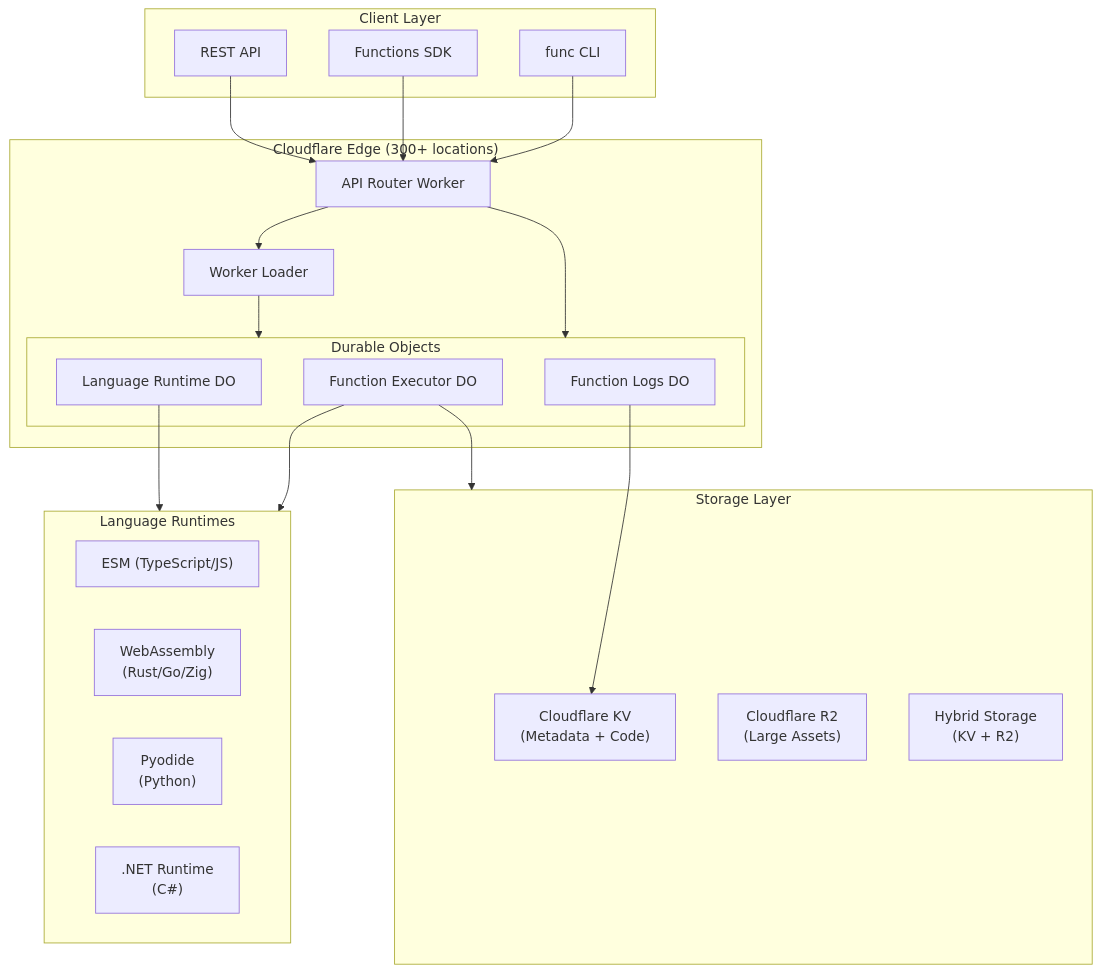
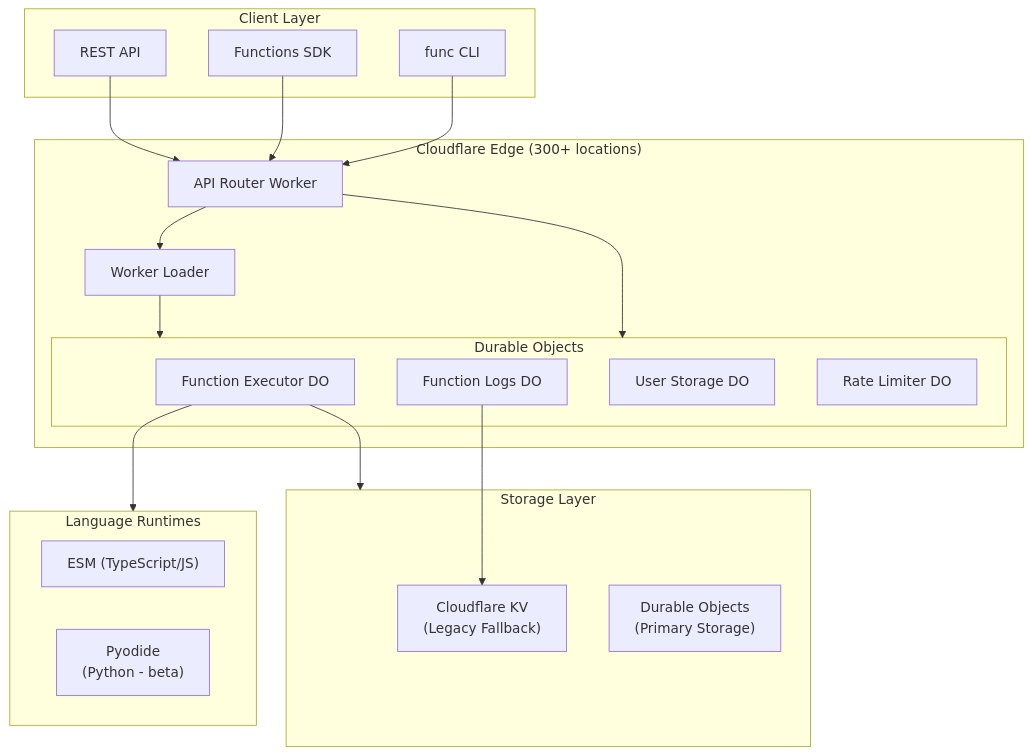
Before and after one commit to dot-do/functions: the first of 10 diagrams in docs/architecture/overview.md, drawn with Mermaid. The commit also changed other lines of this file and 14 other files, not shown here.

````diff
--- a/docs/architecture/overview.md
+++ b/docs/architecture/overview.md
@@ -22,47 +22,44 @@
 ```mermaid
 flowchart TB
     subgraph Client["Client Layer"]
         CLI["func CLI"]
         SDK["Functions SDK"]
         API["REST API"]
     end
 
     subgraph Edge["Cloudflare Edge (300+ locations)"]
         Router["API Router Worker"]
         Loader["Worker Loader"]
 
         subgraph DO["Durable Objects"]
             Executor["Function Executor DO"]
             Logs["Function Logs DO"]
-            Runtime["Language Runtime DO"]
+            UserStore["User Storage DO"]
+            RateLimit["Rate Limiter DO"]
         end
     end
 
     subgraph Storage["Storage Layer"]
-        KV["Cloudflare KV\n(Metadata + Code)"]
-        R2["Cloudflare R2\n(Large Assets)"]
-        Hybrid["Hybrid Storage\n(KV + R2)"]
+        KV["Cloudflare KV\n(Legacy Fallback)"]
+        DOStore["Durable Objects\n(Primary Storage)"]
     end
 
     subgraph Runtimes["Language Runtimes"]
         ESM["ESM (TypeScript/JS)"]
-        WASM["WebAssembly\n(Rust/Go/Zig)"]
-        Pyodide["Pyodide\n(Python)"]
-        DotNet[".NET Runtime\n(C#)"]
+        Pyodide["Pyodide\n(Python - beta)"]
     end
 
     CLI --> Router
     SDK --> Router
     API --> Router
 
     Router --> Loader
     Router --> DO
 
     Loader --> DO
 
     Executor --> Storage
     Executor --> Runtimes
 
     Logs --> KV
-    Runtime --> Runtimes
 ```
````
